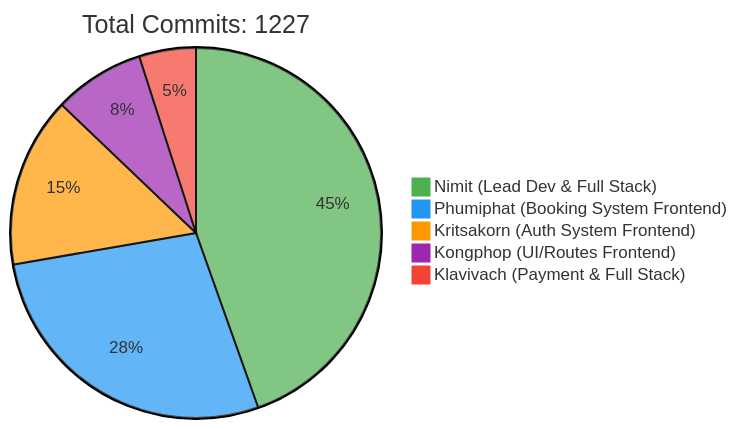
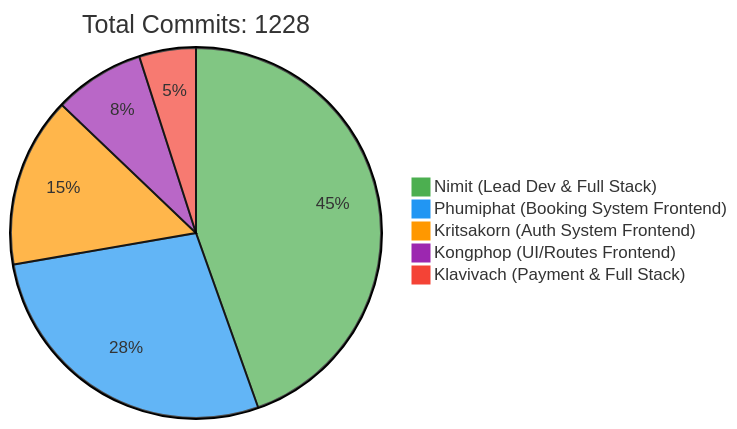
Before and after one commit to 6531503042/Sport-Complex: the first of 2 diagrams in README.md, drawn with Mermaid. The commit also changed other lines of this file, not shown here.

Commit message:
docs: Update contributor statistics [skip ci]

````diff
--- a/README.md
+++ b/README.md
@@ -257,10 +257,10 @@
 ```mermaid
 %%{init: {'theme': 'base', 'themeVariables': { 'pie1': '#4CAF50', 'pie2': '#2196F3', 'pie3': '#FF9800', 'pie4': '#9C27B0', 'pie5': '#F44336'}}}%%
 pie
-    title Total Commits: 1227
+    title Total Commits: 1228
     "Nimit (Lead Dev & Full Stack)" : 450
     "Phumiphat (Booking System Frontend)" : 280
     "Kritsakorn (Auth System Frontend)" : 150
     "Kongphop (UI/Routes Frontend)" : 80
     "Klavivach (Payment & Full Stack)" : 50
 ```
````
